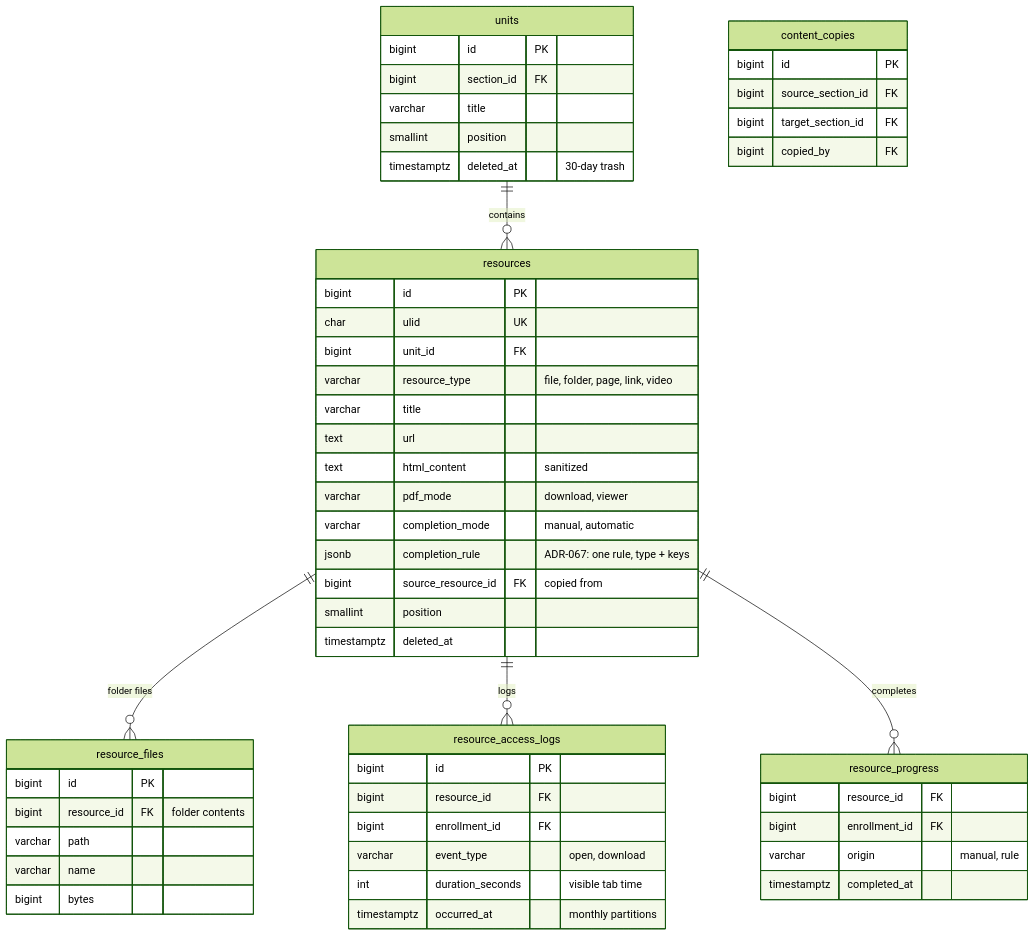
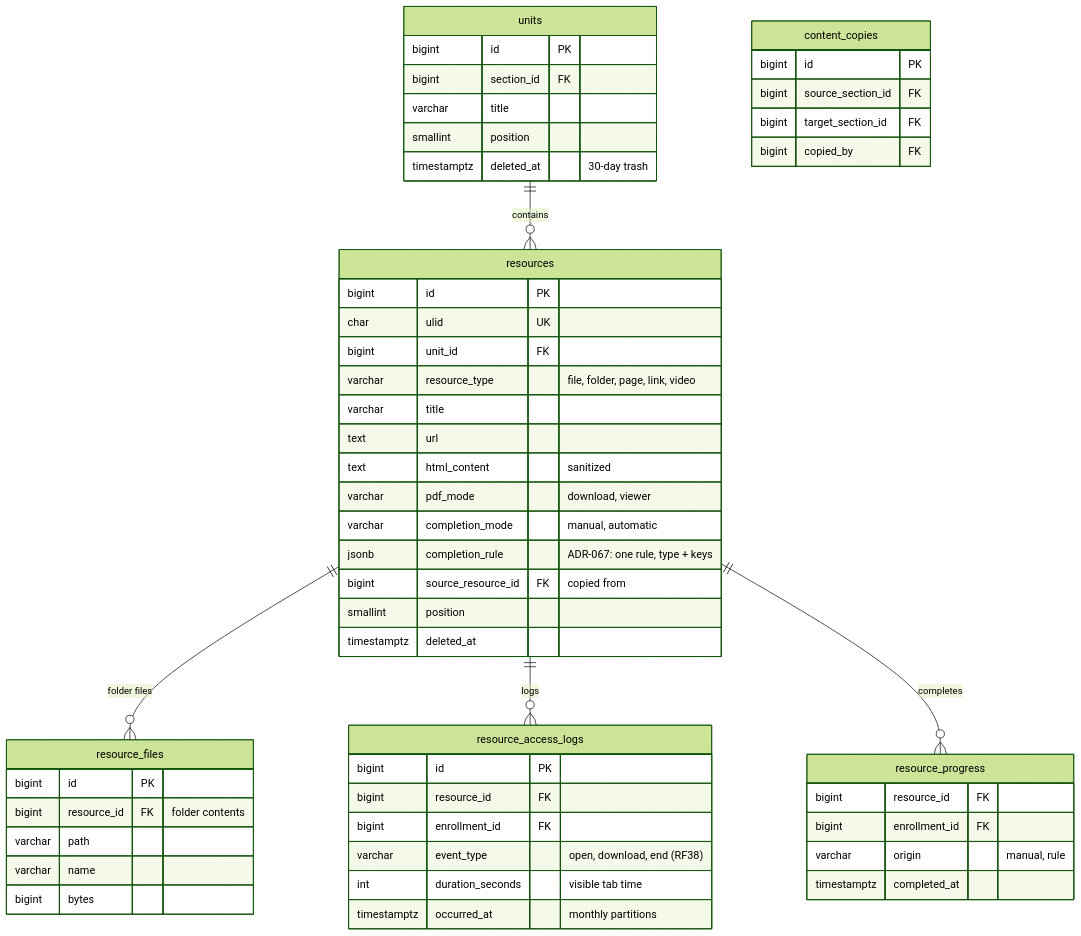
The fourth of 9 diagrams in docs/07 Datos/Modelo entidad-relación.md (evervc-dev/lms-ues-fmo), drawn with Mermaid (forest theme) before and after one commit. The commit also changed other lines of this file and 23 other files, not shown here.

````diff
--- a/docs/07 Datos/Modelo entidad-relación.md
+++ b/docs/07 Datos/Modelo entidad-relación.md
@@ -392,56 +392,56 @@
 ```mermaid
 erDiagram
   units {
     bigint id PK
     bigint section_id FK
     varchar title
     smallint position
     timestamptz deleted_at "30-day trash"
   }
   resources {
     bigint id PK
     char ulid UK
     bigint unit_id FK
     varchar resource_type "file, folder, page, link, video"
     varchar title
     text url
     text html_content "sanitized"
     varchar pdf_mode "download, viewer"
     varchar completion_mode "manual, automatic"
     jsonb completion_rule "ADR-067: one rule, type + keys"
     bigint source_resource_id FK "copied from"
     smallint position
     timestamptz deleted_at
   }
   resource_files {
     bigint id PK
     bigint resource_id FK "folder contents"
     varchar path
     varchar name
     bigint bytes
   }
   resource_access_logs {
     bigint id PK
     bigint resource_id FK
     bigint enrollment_id FK
-    varchar event_type "open, download"
+    varchar event_type "open, download, end (RF38)"
     int duration_seconds "visible tab time"
     timestamptz occurred_at "monthly partitions"
   }
   resource_progress {
     bigint resource_id FK
     bigint enrollment_id FK
     varchar origin "manual, rule"
     timestamptz completed_at
   }
   content_copies {
     bigint id PK
     bigint source_section_id FK
     bigint target_section_id FK
     bigint copied_by FK
   }
   units ||--o{ resources : contains
   resources ||--o{ resource_files : "folder files"
   resources ||--o{ resource_access_logs : logs
   resources ||--o{ resource_progress : completes
 ```
````
